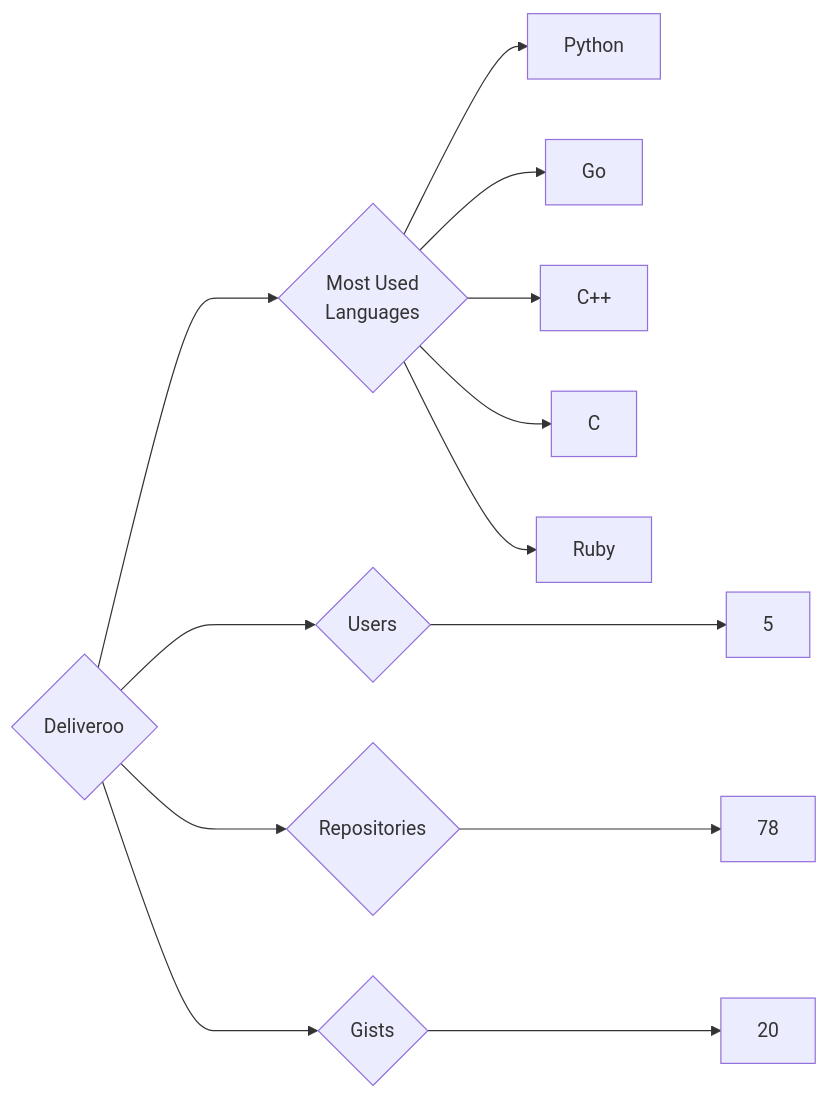
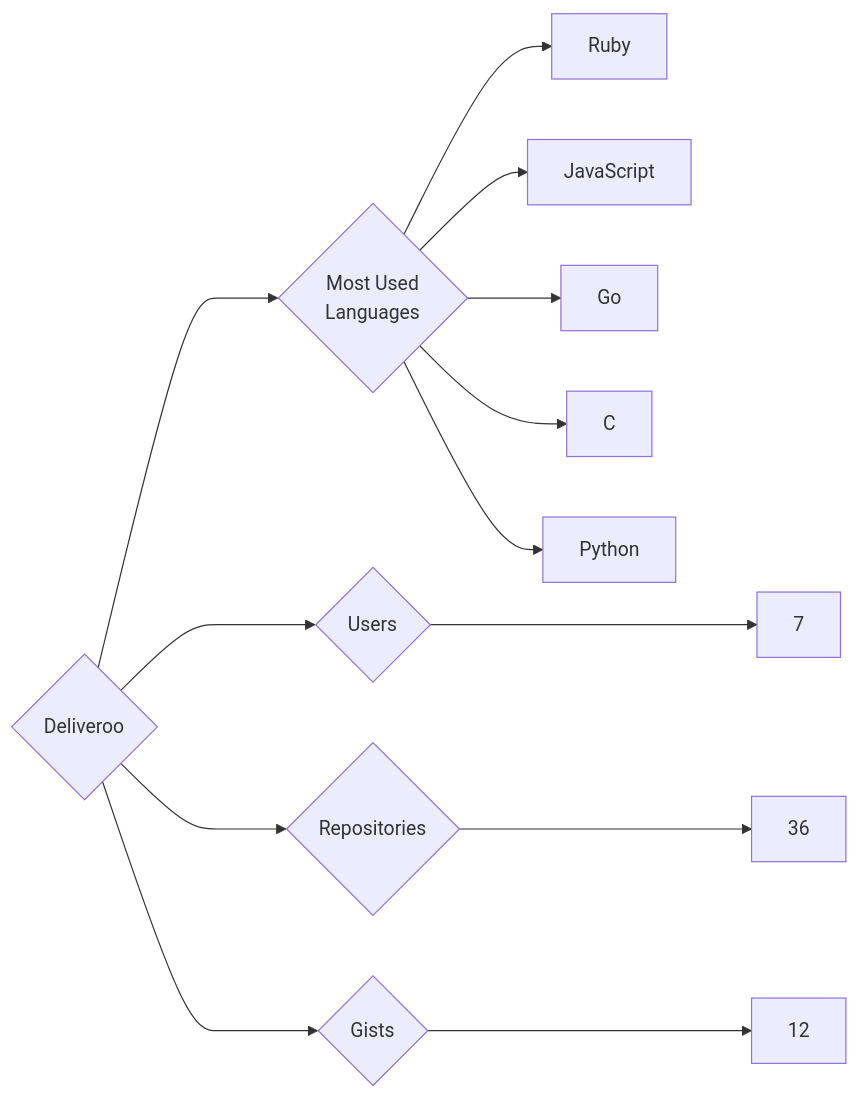
The diagram in targets/Deliveroo/README.md (trickest/insiders), drawn with Mermaid before and after one commit. The commit also changed 1092 other files, not shown here.

````diff
--- a/targets/Deliveroo/README.md
+++ b/targets/Deliveroo/README.md
@@ -3,13 +3,13 @@
 ```mermaid
 graph LR
 COMPANY_NAME{Deliveroo}
-COMPANY_NAME ---> U{Users} ---> UN[5]
-COMPANY_NAME ---> R{Repositories} ---> RN[78]
-COMPANY_NAME ---> G{Gists} ---> GN[20]
+COMPANY_NAME ---> U{Users} ---> UN[7]
+COMPANY_NAME ---> R{Repositories} ---> RN[36]
+COMPANY_NAME ---> G{Gists} ---> GN[12]
 COMPANY_NAME ---> ML{Most Used<br>Languages}
+ML --> Ruby[Ruby]
+ML --> JavaScript[JavaScript]
+ML --> Go[Go]
+ML --> C[C]
 ML --> Python[Python]
-ML --> Go[Go]
-ML --> C++[C++]
-ML --> C[C]
-ML --> Ruby[Ruby]
 ```
````
